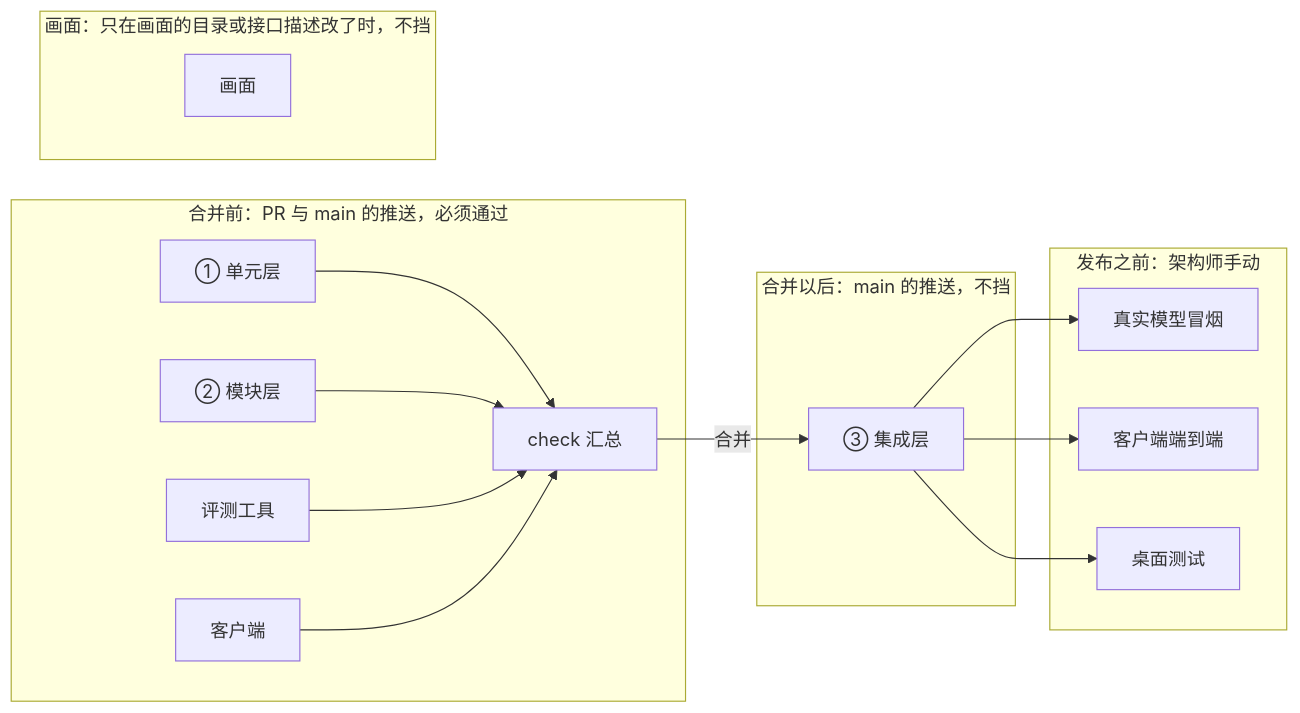
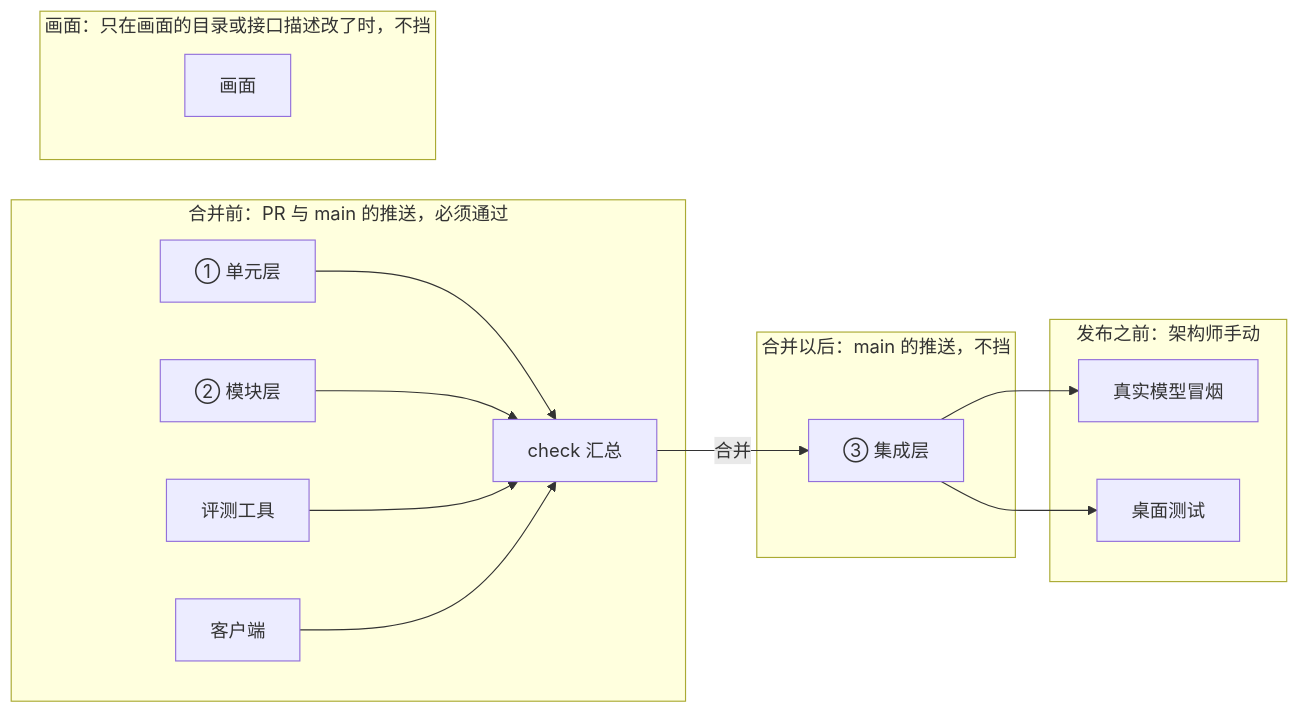
One commit to bender2333/yudao changed the second of 3 diagrams in docs/design/test-pyramid.md. Above: the diagram before and after it, drawn with Mermaid. The commit also changed other lines of this file and 18 other files, not shown here.

````diff
--- a/docs/design/test-pyramid.md
+++ b/docs/design/test-pyramid.md
@@ -148,23 +147,21 @@
 ```mermaid
 flowchart LR
     subgraph pre [合并前：PR 与 main 的推送，必须通过]
         U[① 单元层] --> C[check 汇总]
         M[② 模块层] --> C
         E[评测工具] --> C
         K[客户端] --> C
     end
     subgraph viewjob [画面：只在画面的目录或接口描述改了时，不挡]
         V[画面]
     end
     subgraph post [合并以后：main 的推送，不挡]
         I[③ 集成层]
     end
     subgraph release [发布之前：架构师手动]
         R[真实模型冒烟]
-        W[客户端端到端]
         D[桌面测试]
     end
     C -- 合并 --> I --> R
-    I --> W
     I --> D
 ```
````
